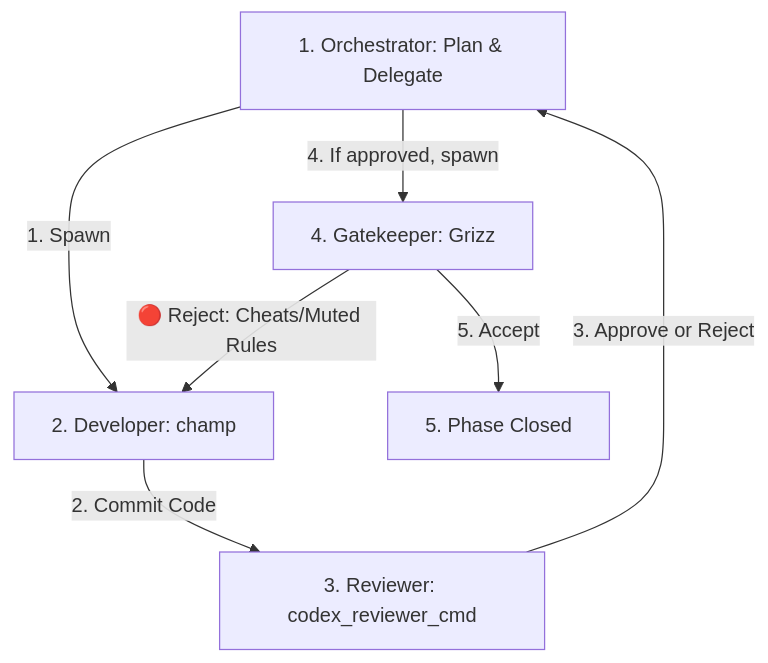
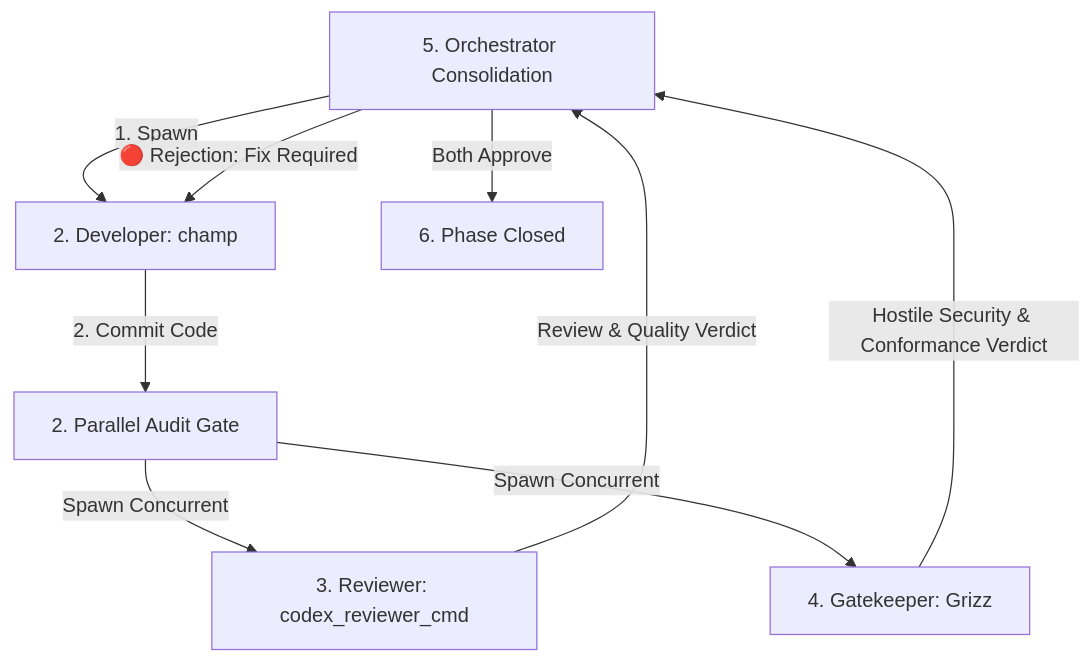
One commit to GoogleChromeLabs/cssomnom changed the diagram in LOOP.md. Above: the diagram before and after it, drawn with Mermaid. The commit also changed other lines of this file and 92 other files, not shown here.

````diff
--- a/LOOP.md
+++ b/LOOP.md
@@ -11,9 +11,11 @@
 ```mermaid
 graph TD
     Orchestrator[1. Orchestrator: Plan & Delegate] -->|1. Spawn | Developer[2. Developer: champ]
-    Developer -->|2. Commit Code| Reviewer[3. Reviewer: codex_reviewer_cmd]
-    Reviewer -->|3. Approve or Reject| Orchestrator
-    Orchestrator -->|4. If approved, spawn| Grizz[4. Gatekeeper: Grizz]
-    Grizz -->|5. Accept| Ship[5. Phase Closed]
-    Grizz -->|🔴 Reject: Cheats/Muted Rules| Developer
+    Developer -->|2. Commit Code| ParallelAudit[2. Parallel Audit Gate]
+    ParallelAudit -->|Spawn Concurrent| Reviewer[3. Reviewer: codex_reviewer_cmd]
+    ParallelAudit -->|Spawn Concurrent| Grizz[4. Gatekeeper: Grizz]
+    Reviewer -->|Review & Quality Verdict| Orchestrator[5. Orchestrator Consolidation]
+    Grizz -->|Hostile Security & Conformance Verdict| Orchestrator
+    Orchestrator -->|Both Approve| Ship[6. Phase Closed]
+    Orchestrator -->|🔴 Rejection: Fix Required| Developer
 ```
````
